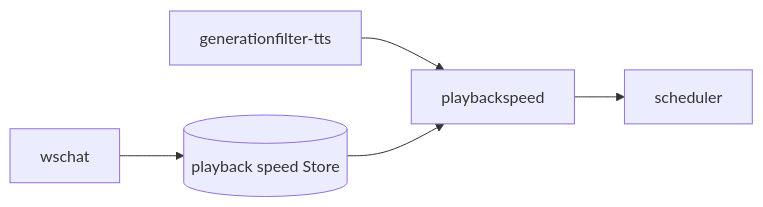
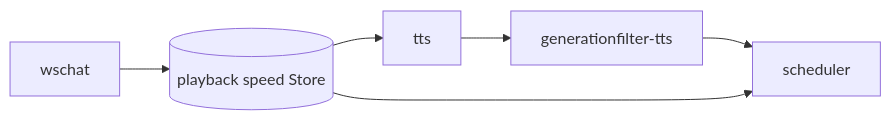
Before and after one commit to tetetratra/smart-speaker: the diagram in docs/components/playbackspeed.md, drawn with Mermaid. The commit also changed other lines of this file and 5 other files, not shown here.

````diff
--- a/docs/components/playbackspeed.md
+++ b/docs/components/playbackspeed.md
@@ -27,8 +29,9 @@
 ```mermaid
 flowchart LR
-  GF2[generationfilter-tts] --> PS[playbackspeed]
-  PS --> SCH[scheduler]
+  TTS[tts] --> GF2[generationfilter-tts]
+  GF2 --> SCH[scheduler]
   STORE[(playback speed Store)]
   WS[wschat] --> STORE
-  STORE --> PS
+  STORE --> TTS
+  STORE --> SCH
 ```
````
